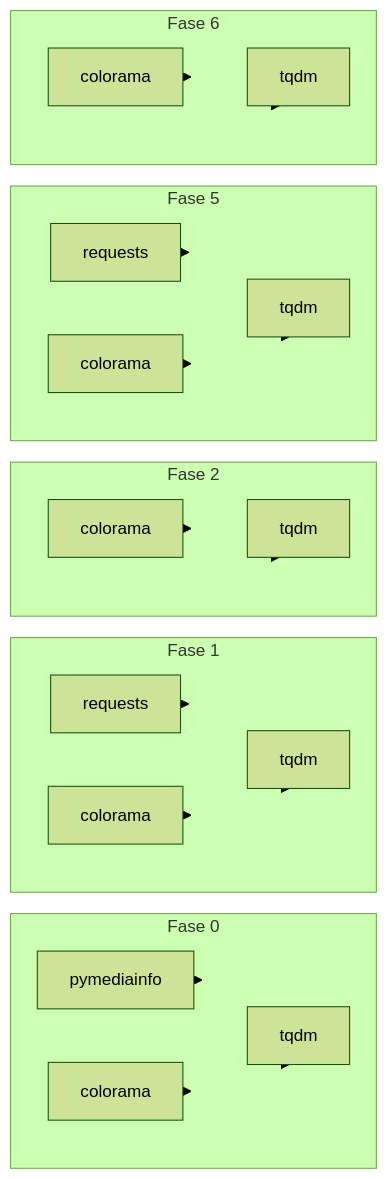
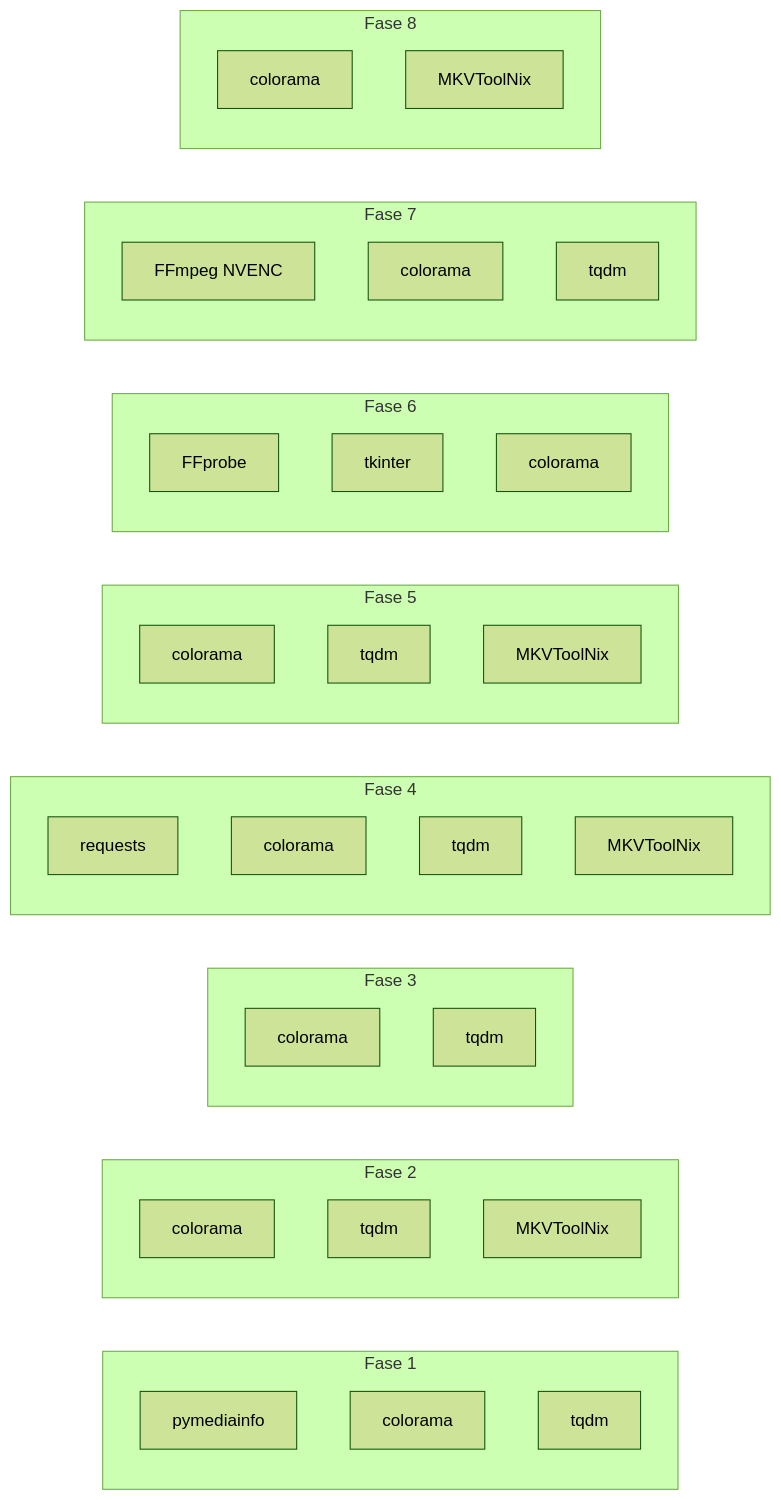
Before and after one commit to carmipa/projeto-tracker-animes-traducao: the diagram in docs/dependencias-python.md, drawn with Mermaid (forest theme). The commit also changed other lines of this file and 14 other files, not shown here.

````diff
--- a/docs/dependencias-python.md
+++ b/docs/dependencias-python.md
@@ -52,44 +53,49 @@
 ```mermaid
 flowchart LR
-    subgraph F0["Fase 0"]
+    subgraph F1["Fase 1"]
         MI[pymediainfo]
-        C0[colorama]
-        T0[tqdm]
-    end
-
-    subgraph F1["Fase 1"]
-        REQ[requests]
         C1[colorama]
         T1[tqdm]
     end
 
     subgraph F2["Fase 2"]
         C2[colorama]
         T2[tqdm]
+        MKVT2[MKVToolNix]
+    end
+
+    subgraph F3["Fase 3"]
+        C3[colorama]
+        T3[tqdm]
+    end
+
+    subgraph F4["Fase 4"]
+        REQ[requests]
+        C4[colorama]
+        T4[tqdm]
+        MKVT4[MKVToolNix]
     end
 
     subgraph F5["Fase 5"]
-        REQ5[requests]
         C5[colorama]
         T5[tqdm]
+        MKVT5[MKVToolNix]
     end
 
     subgraph F6["Fase 6"]
+        FF6[FFprobe]
+        TK6[tkinter]
         C6[colorama]
-        T6[tqdm]
     end
 
-    MI --> F0
-    REQ --> F1
-    REQ5 --> F5
-    C0 --> F0
-    T0 --> F0
-    C1 --> F1
-    T1 --> F1
-    C2 --> F2
-    T2 --> F2
-    C5 --> F5
-    T5 --> F5
-    C6 --> F6
-    T6 --> F6
+    subgraph F7["Fase 7"]
+        FF7[FFmpeg NVENC]
+        C7[colorama]
+        T7[tqdm]
+    end
+
+    subgraph F8["Fase 8"]
+        C8[colorama]
+        MKVT8[MKVToolNix]
+    end
 ```
````
